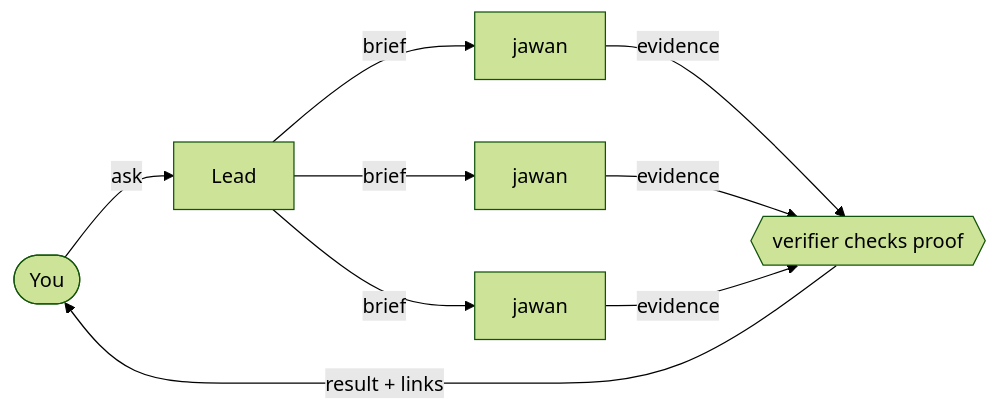
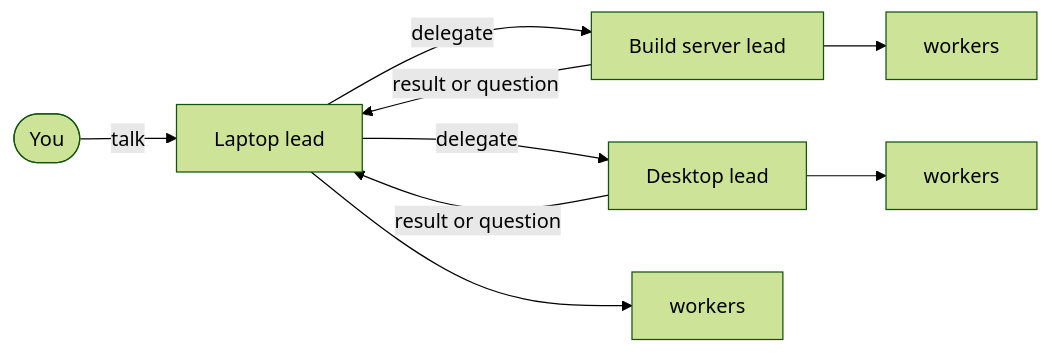
Before and after one commit to yuyudhan/toli: the diagram in README.md, drawn with Mermaid (forest theme). The commit also changed other lines of this file, not shown here.

````diff
--- a/README.md
+++ b/README.md
@@ -29,9 +60,11 @@
 ```mermaid
 flowchart LR
-    you([You]) -->|ask| lead[Lead]
-    lead -->|brief| j1[jawan]
-    lead -->|brief| j2[jawan]
-    lead -->|brief| j3[jawan]
-    j1 & j2 & j3 -->|evidence| proof{{verifier checks proof}}
-    proof -->|result + links| you
+    you([You]) -->|talk| laptop[Laptop lead]
+    laptop -->|delegate| server[Build server lead]
+    laptop -->|delegate| desktop[Desktop lead]
+    server -->|result or question| laptop
+    desktop -->|result or question| laptop
+    laptop --> w1[workers]
+    server --> w2[workers]
+    desktop --> w3[workers]
 ```
````
